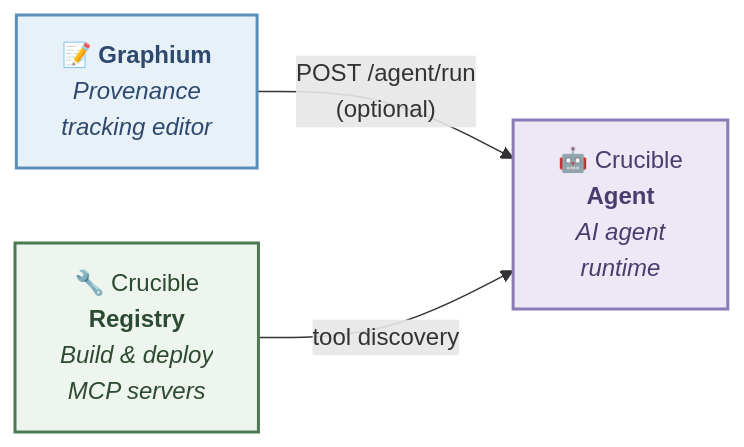
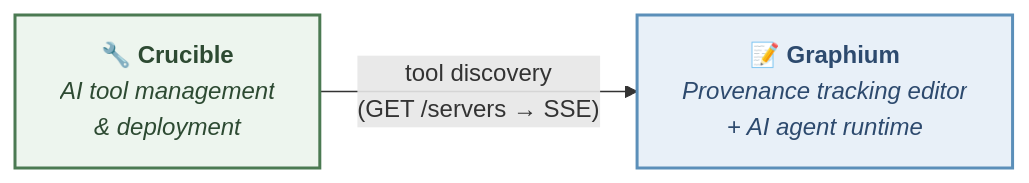
The diagram in README.md (kumagallium/provnote), drawn with Mermaid before and after one commit. The commit also changed other lines of this file and 29 other files, not shown here.

````diff
--- a/README.md
+++ b/README.md
@@ -208,13 +197,10 @@
 ```mermaid
 graph LR
-    Graphium["📝 <b>Graphium</b><br/><i>Provenance<br/>tracking editor</i>"]
-    Agent["🤖 Crucible<br/><b>Agent</b><br/><i>AI agent<br/>runtime</i>"]
-    Registry["🔧 Crucible<br/><b>Registry</b><br/><i>Build & deploy<br/>MCP servers</i>"]
+    Graphium["📝 <b>Graphium</b><br/><i>Provenance tracking editor<br/>+ AI agent runtime</i>"]
+    Registry["🔧 <b>Crucible</b><br/><i>AI tool management<br/>& deployment</i>"]
 
-    Graphium -- "POST /agent/run<br/>(optional)" --> Agent
-    Registry -- "tool discovery" --> Agent
+    Registry -- "tool discovery<br/>(GET /servers → SSE)" --> Graphium
 
     style Graphium fill:#e8f0f8,stroke:#5b8fb9,stroke-width:2px,color:#2d4a6e
-    style Agent fill:#ede8f5,stroke:#8b7ab5,stroke-width:2px,color:#4a3d6e
     style Registry fill:#edf5ee,stroke:#4B7A52,stroke-width:2px,color:#2d4a32
 ```
````
